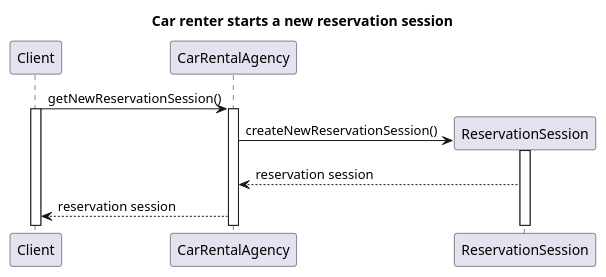
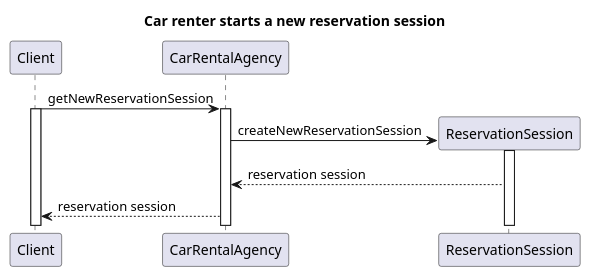
The diagram in diagrams/sequenceDiagrams/startSession.puml (Bhamoss/java_rmi_ds_project), drawn with PlantUML before and after one commit. The commit also changed 2 other files, not shown here.

Commit message:
little change to seq diagrams

```diff
--- a/diagrams/sequenceDiagrams/startSession.puml
+++ b/diagrams/sequenceDiagrams/startSession.puml
@@ -1,14 +1,14 @@
 @startuml
 title Car renter starts a new reservation session
 
-Client->CarRentalAgency: getNewReservationSession()
+Client->CarRentalAgency: getNewReservationSession
 activate Client
 activate CarRentalAgency
 
-CarRentalAgency->ReservationSession ** : createNewReservationSession()
+CarRentalAgency->ReservationSession ** : createNewReservationSession
 activate ReservationSession
 ReservationSession-->CarRentalAgency: reservation session
 CarRentalAgency-->Client: reservation session
 
 
 @enduml
```
